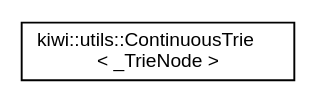
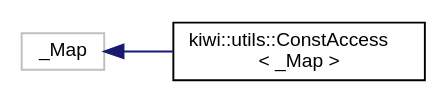
Before and after one commit to bab2min/Kiwi: the diagram in inherit_graph_73.dot, drawn with Graphviz. The commit also changed 449 other files, not shown here.

```diff
--- a/inherit_graph_73.dot
+++ b/inherit_graph_73.dot
@@ -1,8 +1,10 @@
 digraph "Graphical Class Hierarchy"
 {
  // LATEX_PDF_SIZE
   edge [fontname="Helvetica",fontsize="10",labelfontname="Helvetica",labelfontsize="10"];
   node [fontname="Helvetica",fontsize="10",shape=record];
   rankdir="LR";
-  Node0 [label="kiwi::utils::ContinuousTrie\l\< _TrieNode \>",height=0.2,width=0.4,color="black", fillcolor="white", style="filled",URL="$classkiwi_1_1utils_1_1ContinuousTrie.html",tooltip=" "];
+  Node1 [label="_Map",height=0.2,width=0.4,color="grey75", fillcolor="white", style="filled",tooltip=" "];
+  Node1 -> Node0 [dir="back",color="midnightblue",fontsize="10",style="solid",fontname="Helvetica"];
+  Node0 [label="kiwi::utils::ConstAccess\l\< _Map \>",height=0.2,width=0.4,color="black", fillcolor="white", style="filled",URL="$classkiwi_1_1utils_1_1ConstAccess.html",tooltip=" "];
 }
```
